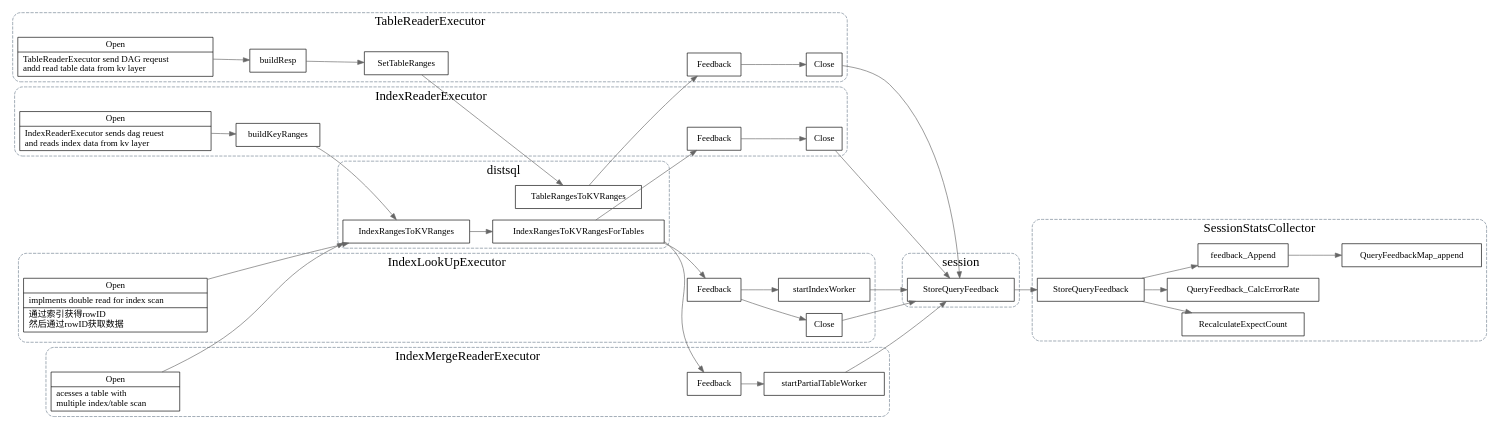
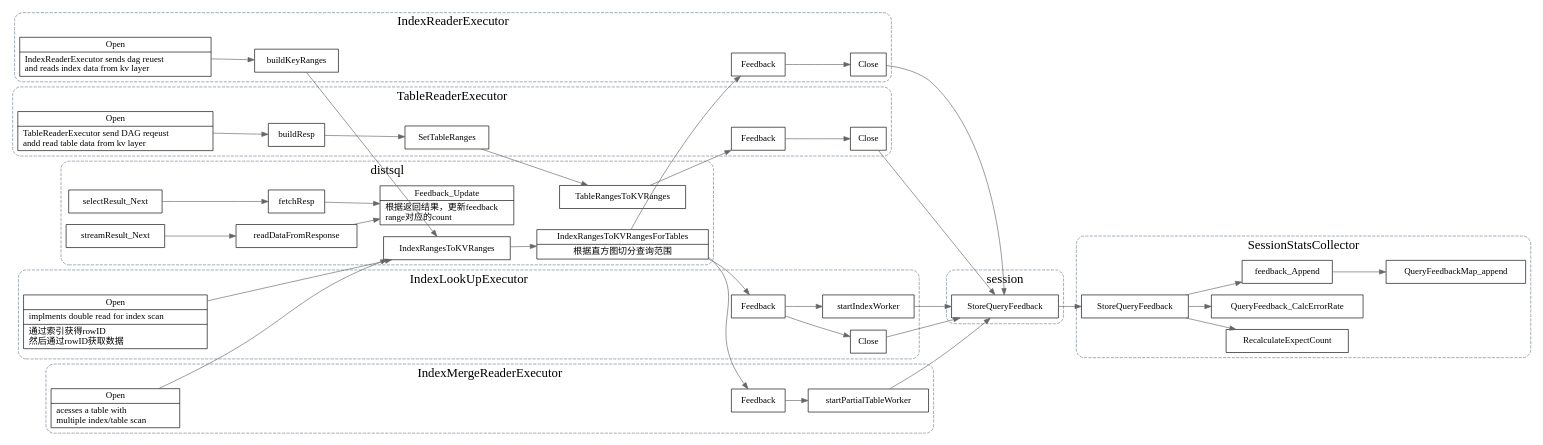
The diagram in src/tidb/dot/query_feedback_collect.dot (xieyu/blog), drawn with Graphviz before and after one commit. The commit also changed 11 other files, not shown here.

```diff
--- a/src/tidb/dot/query_feedback_collect.dot
+++ b/src/tidb/dot/query_feedback_collect.dot
@@ -1,175 +1,190 @@
 digraph query_feedback_collect {
   node[shape=box];
   edge[color=gray40];
   newrank=true;
   rankdir=LR;
 
   subgraph cluster_SessionStatsCollector {
     graph[label="SessionStatsCollector";fontsize=20;style="rounded,dashed";color="slategrey"]
     StoreQueryFeedback -> {
       RecalculateExpectCount;
       QueryFeedback_CalcErrorRate;
       feedback_Append;
     }
     feedback_Append -> QueryFeedbackMap_append;
   }
 
   subgraph cluster_session {
     graph[label="session";fontsize=20;style="rounded,dashed";color="slategrey"]
     session_StoreQueryFeedback[
       shape="record";
       label="{{
         StoreQueryFeedback
       }}"];
     session_StoreQueryFeedback ->  StoreQueryFeedback;
   }
 
   subgraph cluster_distsql {
     graph[label="distsql";fontsize=20;style="rounded,dashed";color="slategrey"]
     TableRangesToKVRanges;
     IndexRangesToKVRanges;
     IndexRangesToKVRangesForTables;
+    selectResult_Next-> fetchResp -> Feedback_Update;
+    streamResult_Next -> readDataFromResponse -> Feedback_Update;
+    IndexRangesToKVRangesForTables[
+      shape="record";
+      label="{{
+        IndexRangesToKVRangesForTables|
+        根据直方图切分查询范围
+      }}"];
+    Feedback_Update[
+      shape="record";
+      label="{{
+        Feedback_Update|
+        根据返回结果，更新feedback\l 
+        range对应的count\l
+      }}"];
   }
 
   subgraph cluster_TableReaderExecutor {
     graph[label="TableReaderExecutor";fontsize=20;style="rounded,dashed";color="slategrey"]
     TableReaderExecutor_Feedback[
       shape="record";
       label="{{
         Feedback
       }}"];
     TableReaderExecutor_Close[
       shape="record";
       label="{{
         Close
       }}"];
     TableReaderExecutor_buildResp[
       shape="record";
       label="{{
         buildResp
       }}"];
     TableReaderExecutor_Open[
       shape="record";
       label="{{
         Open|
         TableReaderExecutor send DAG reqeust\l
         andd read table data from kv layer\l
       }}"];
     TableReaderExecutor_Open
       -> TableReaderExecutor_buildResp 
       -> SetTableRanges
       -> TableRangesToKVRanges
       -> TableReaderExecutor_Feedback
       -> TableReaderExecutor_Close
       -> session_StoreQueryFeedback;
   }
 
 
   subgraph cluster_IndexReaderExecturor {
     graph[label="IndexReaderExecutor";fontsize=20;style="rounded,dashed";color="slategrey"]
 
     IndexReaderExecutor_Open[
       shape="record";
       label="{{
         Open|
         IndexReaderExecutor sends dag reuest\l
         and reads index data from kv layer\l
       }}"];
     IndexReaderExecutor_buildKeyRanges[
       shape="record";
       label="{{
         buildKeyRanges
       }}"];
     IndexReaderExecutor_Feedback[
       shape="record";
       label="{{
         Feedback
       }}"];
     IndexReaderExecutor_Close[
       shape="record";
       label="{{
         Close
       }}"];
 
     IndexReaderExecutor_Open
       -> IndexReaderExecutor_buildKeyRanges 
       -> IndexRangesToKVRanges
       -> IndexRangesToKVRangesForTables
       -> IndexReaderExecutor_Feedback
       -> IndexReaderExecutor_Close
       -> session_StoreQueryFeedback;
   }
 
 
   subgraph cluster_IndexLookUpExecutor {
     graph[label="IndexLookUpExecutor";fontsize=20;style="rounded,dashed";color="slategrey"]
     IndexLookUpExecutor_Open[
       shape="record";
       label="{{
         Open|
         implments double read for index scan\l|
         通过索引获得rowID\l
         然后通过rowID获取数据\l
       }}"];
     IndexLookUpExecutor_Feedback[
       shape="record";
       label="{{
         Feedback
       }}"];
     IndexLookUpExecutor_Close[
       shape="record";
       label="{{
         Close
       }}"];
     IndexLookUpExecutor_startIndexWorker[
       shape="record";
       label="{{
         startIndexWorker
       }}"];
     IndexLookUpExecutor_Open -> IndexRangesToKVRanges;
     IndexRangesToKVRangesForTables
       -> IndexLookUpExecutor_Feedback
       -> {
         IndexLookUpExecutor_startIndexWorker;
         IndexLookUpExecutor_Close;
       } -> session_StoreQueryFeedback;
   }
 
   subgraph cluster_IndexMergeReaderExecutor {
     graph[label="IndexMergeReaderExecutor";fontsize=20;style="rounded,dashed";color="slategrey"]
     IndexMergeReaderExecutor_Open[
       shape="record";
       label="{{
         Open|
         acesses a table with\l 
         multiple index/table scan\l
       }}"];
     IndexLookUpExecutor_startIndexWorker[
       shape="record";
       label="{{
         startIndexWorker
       }}"];
     IndexMergeReaderExecutor_startPartialTableWorker[
       shape="record";
       label="{{
         startPartialTableWorker
       }}"];
     IndexMergeReaderExecutor_Feedback[
       shape="record";
       label="{{
         Feedback
       }}"];
     IndexMergeReaderExecutor_startPartialTableWorker -> session_StoreQueryFeedback;
     IndexMergeReaderExecutor_Open -> IndexRangesToKVRanges;
     IndexRangesToKVRangesForTables
       -> IndexMergeReaderExecutor_Feedback
       -> IndexMergeReaderExecutor_startPartialTableWorker;
   }
   {
     rank=same;
     TableReaderExecutor_Open;
     IndexReaderExecutor_Open;
     IndexMergeReaderExecutor_Open;
     IndexLookUpExecutor_Open;
   }
 }
```
